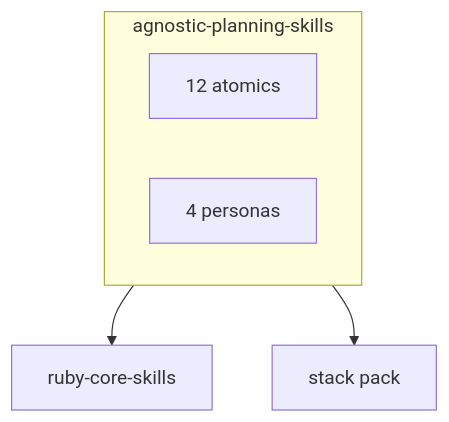
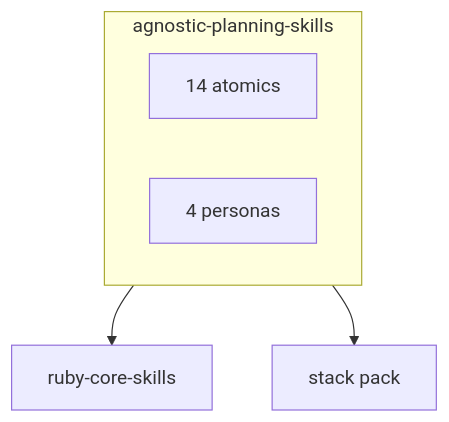
One commit to igmarin/agnostic-planning-skills changed the second of 2 diagrams in README.md. Above: the diagram before and after it, drawn with Mermaid. The commit also changed other lines of this file and 3 other files, not shown here.

````diff
--- a/README.md
+++ b/README.md
@@ -22,11 +22,11 @@
 ```mermaid
 flowchart TB
   subgraph thisRepo[agnostic-planning-skills]
-    atomics[12 atomics]
+    atomics[14 atomics]
     personas[4 personas]
   end
   core[ruby-core-skills]
   stack[stack pack]
   thisRepo --> core
   thisRepo --> stack
 ```
````
